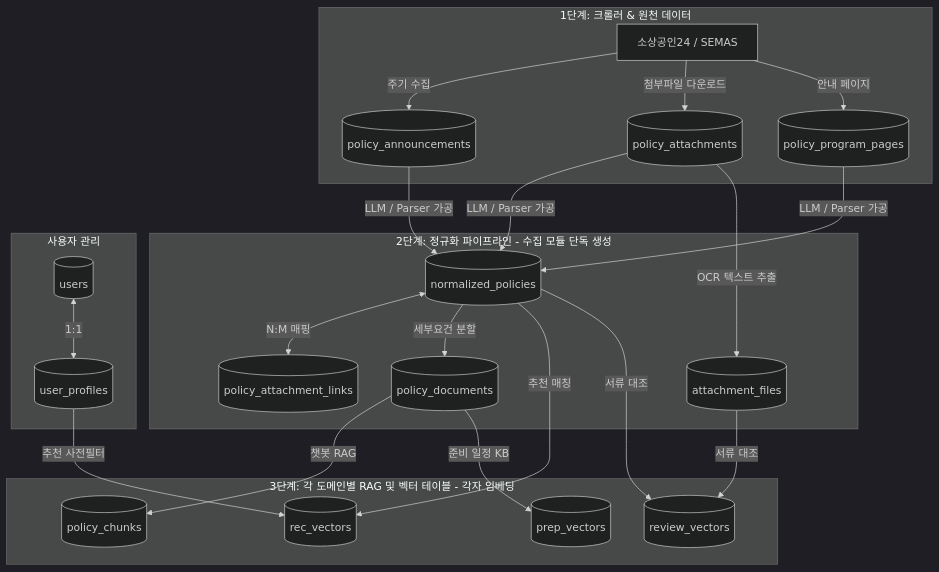
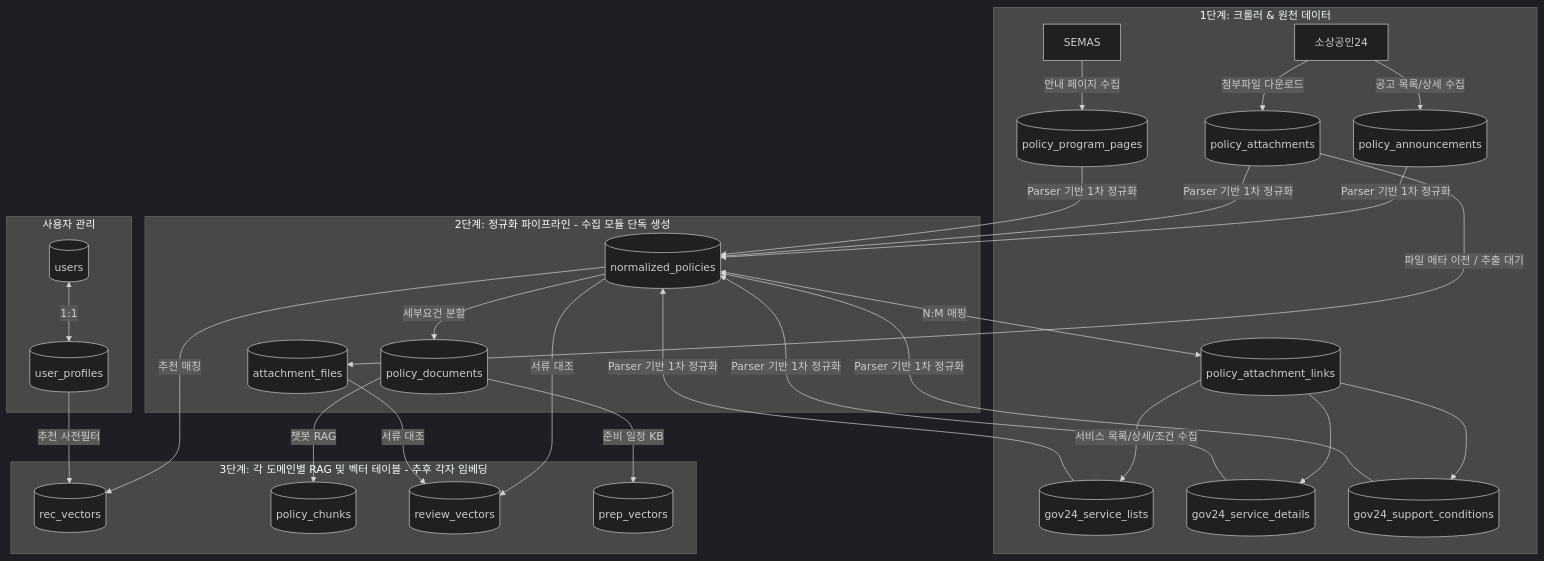
Before and after one commit to cenlady/SobokSobok: the diagram in DB_SCHEMA.md, drawn with Mermaid (dark theme). The commit also changed other lines of this file and 1 other file, not shown here.

Commit message:
docs: document normalization data flow

````diff
--- a/DB_SCHEMA.md
+++ b/DB_SCHEMA.md
@@ -9,27 +9,30 @@
 ```mermaid
 flowchart TD
     subgraph 원천_수집 [1단계: 크롤러 & 원천 데이터]
-        A[소상공인24 / SEMAS] -->|주기 수집| B[(policy_announcements)]
+        A[소상공인24] -->|공고 목록/상세 수집| B[(policy_announcements)]
         A -->|첨부파일 다운로드| C[(policy_attachments)]
-        A -->|안내 페이지| D[(policy_program_pages)]
+        S[SEMAS] -->|안내 페이지 수집| D[(policy_program_pages)]
+        G[Gov24 OpenAPI] -->|서비스 목록/상세/조건 수집| GL[(gov24_service_lists)]
+        G --> GD[(gov24_service_details)]
+        G --> GC[(gov24_support_conditions)]
     end
 
     subgraph 정규화_공유 [2단계: 정규화 파이프라인 - 수집 모듈 단독 생성]
-        B & C & D -->|LLM / Parser 가공| E[(normalized_policies)]
-        C -->|OCR 텍스트 추출| F[(attachment_files)]
+        B & C & D & GL & GD & GC -->|Parser 기반 1차 정규화| E[(normalized_policies)]
+        C -->|파일 메타 이전 / 추출 대기| F[(attachment_files)]
         E <-->|N:M 매핑| G[(policy_attachment_links)]
         E -->|세부요건 분할| H[(policy_documents)]
     end
 
-    subgraph 개인_벡터_소유 [3단계: 각 도메인별 RAG 및 벡터 테이블 - 각자 임베딩]
+    subgraph 개인_벡터_소유 [3단계: 각 도메인별 RAG 및 벡터 테이블 - 추후 각자 임베딩]
         E -->|추천 매칭| I[(rec_vectors)]
         H -->|챗봇 RAG| J[(policy_chunks)]
         E & F -->|서류 대조| K[(review_vectors)]
         H -->|준비 일정 KB| L[(prep_vectors)]
     end
     
     subgraph 사용자_인증 [사용자 관리]
         M[(users)] <-->|1:1| N[(user_profiles)]
         N -->|추천 사전필터| I
     end
 ```
````
